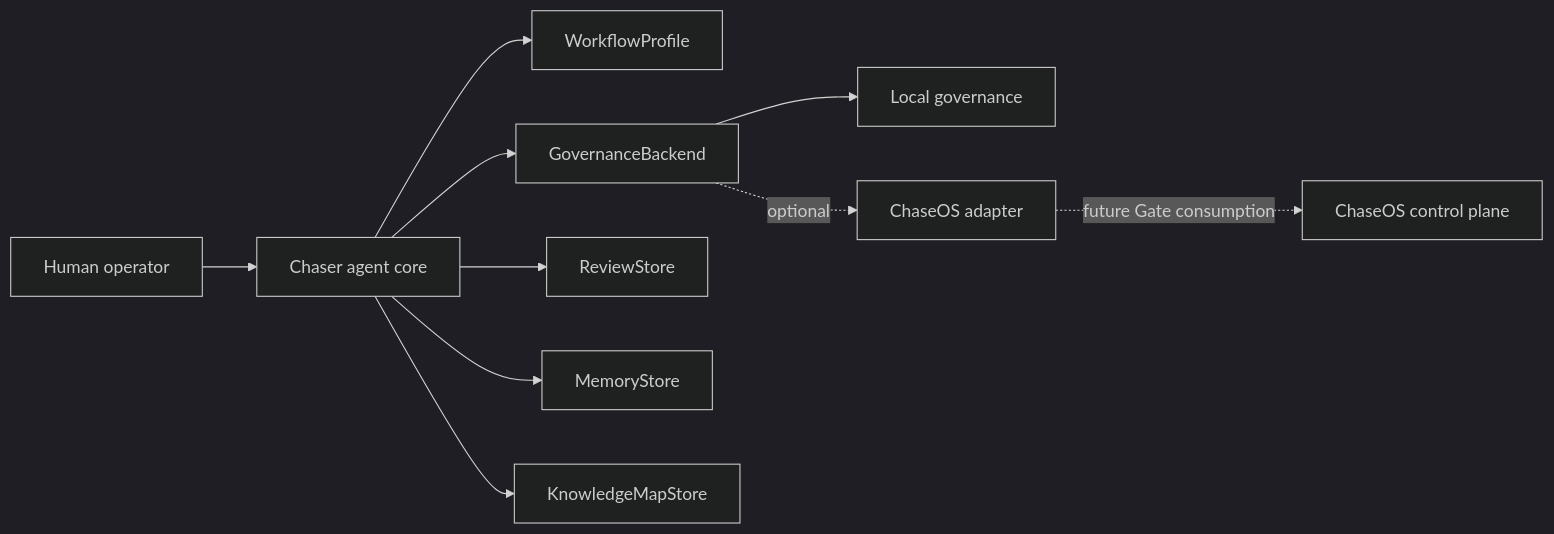
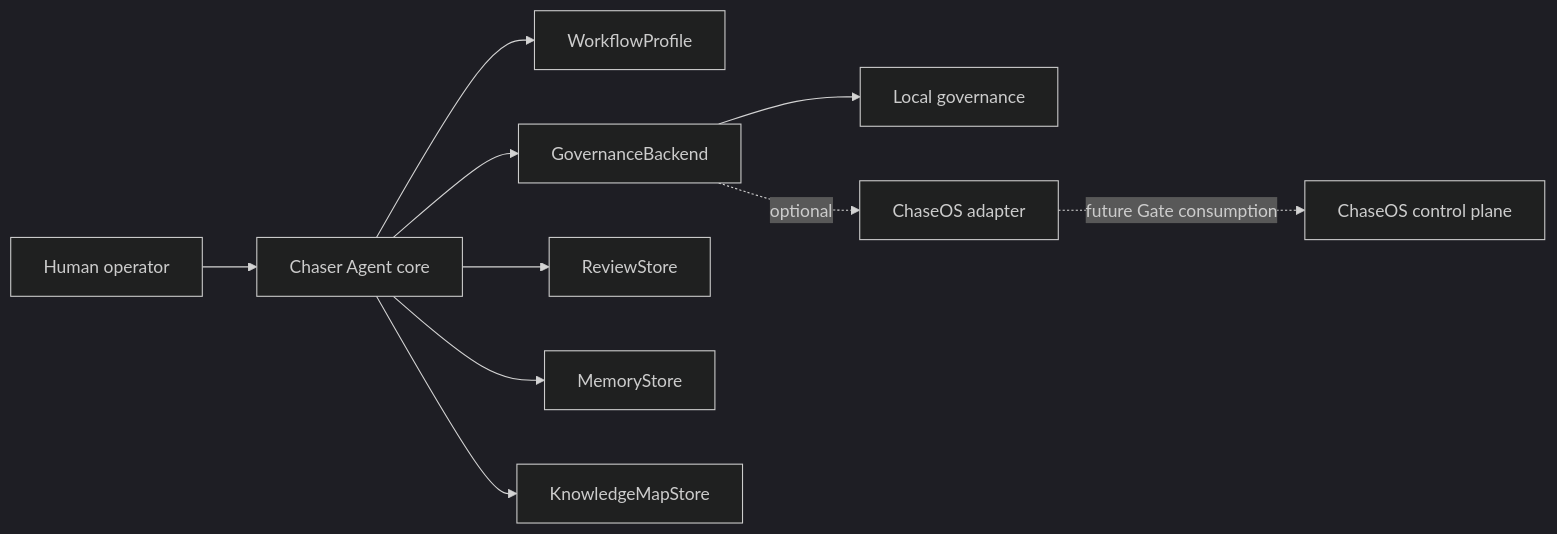
The diagram in docs/01_Product/Chaser-Agent-Standalone-vs-ChaseOS-Architecture.md (chasedndt/Chaser-Agent), drawn with Mermaid (dark theme) before and after one commit. The commit also changed other lines of this file and 109 other files, not shown here.

````diff
--- a/docs/01_Product/Chaser-Agent-Standalone-vs-ChaseOS-Architecture.md
+++ b/docs/01_Product/Chaser-Agent-Standalone-vs-ChaseOS-Architecture.md
@@ -31,12 +31,12 @@
 ```mermaid
 flowchart LR
-    U["Human operator"] --> C["Chaser agent core"]
+    U["Human operator"] --> C["Chaser Agent core"]
     C --> W["WorkflowProfile"]
     C --> G["GovernanceBackend"]
     C --> R["ReviewStore"]
     C --> M["MemoryStore"]
     C --> K["KnowledgeMapStore"]
     G --> L["Local governance"]
     G -. "optional" .-> A["ChaseOS adapter"]
     A -. "future Gate consumption" .-> O["ChaseOS control plane"]
 ```
````
